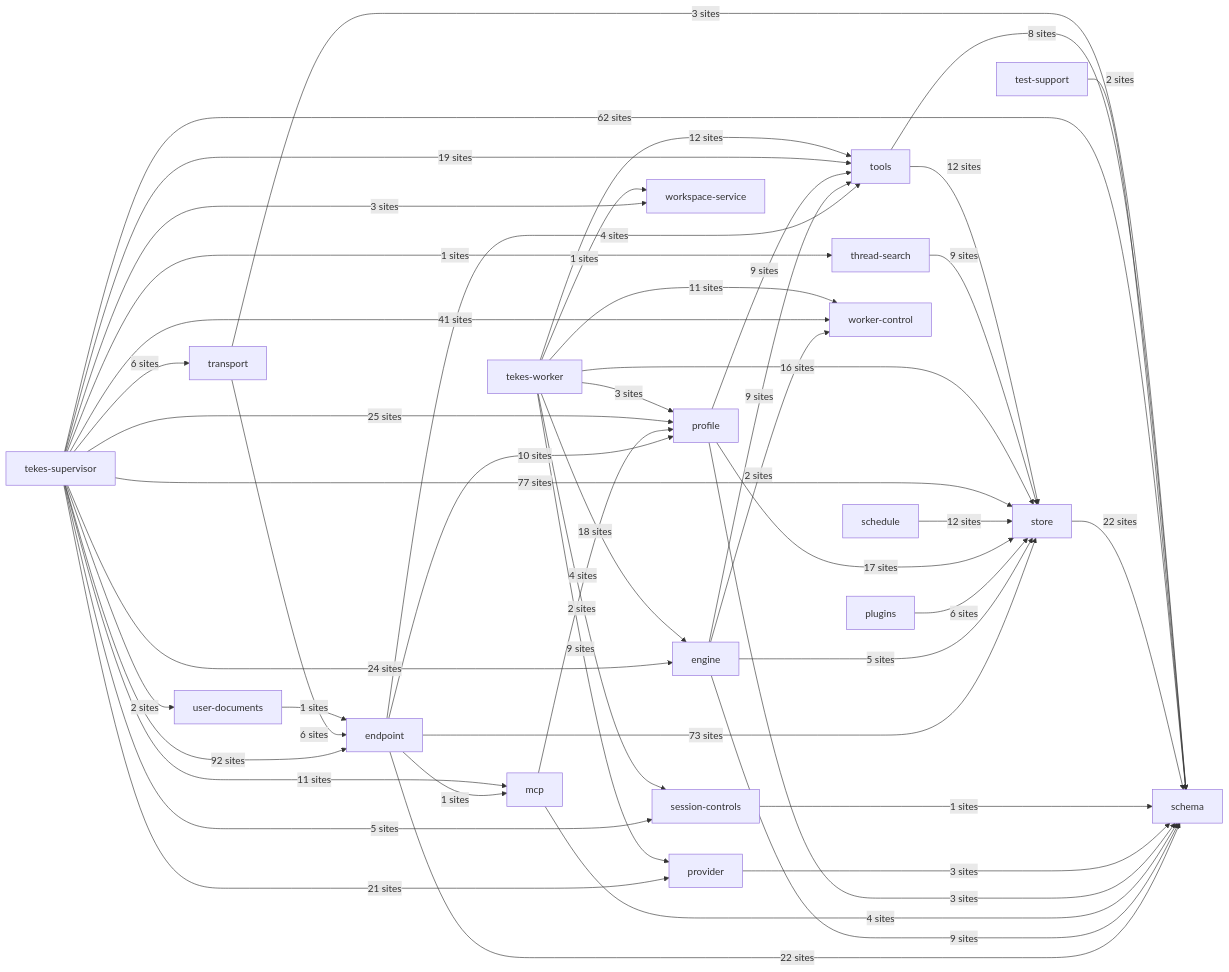
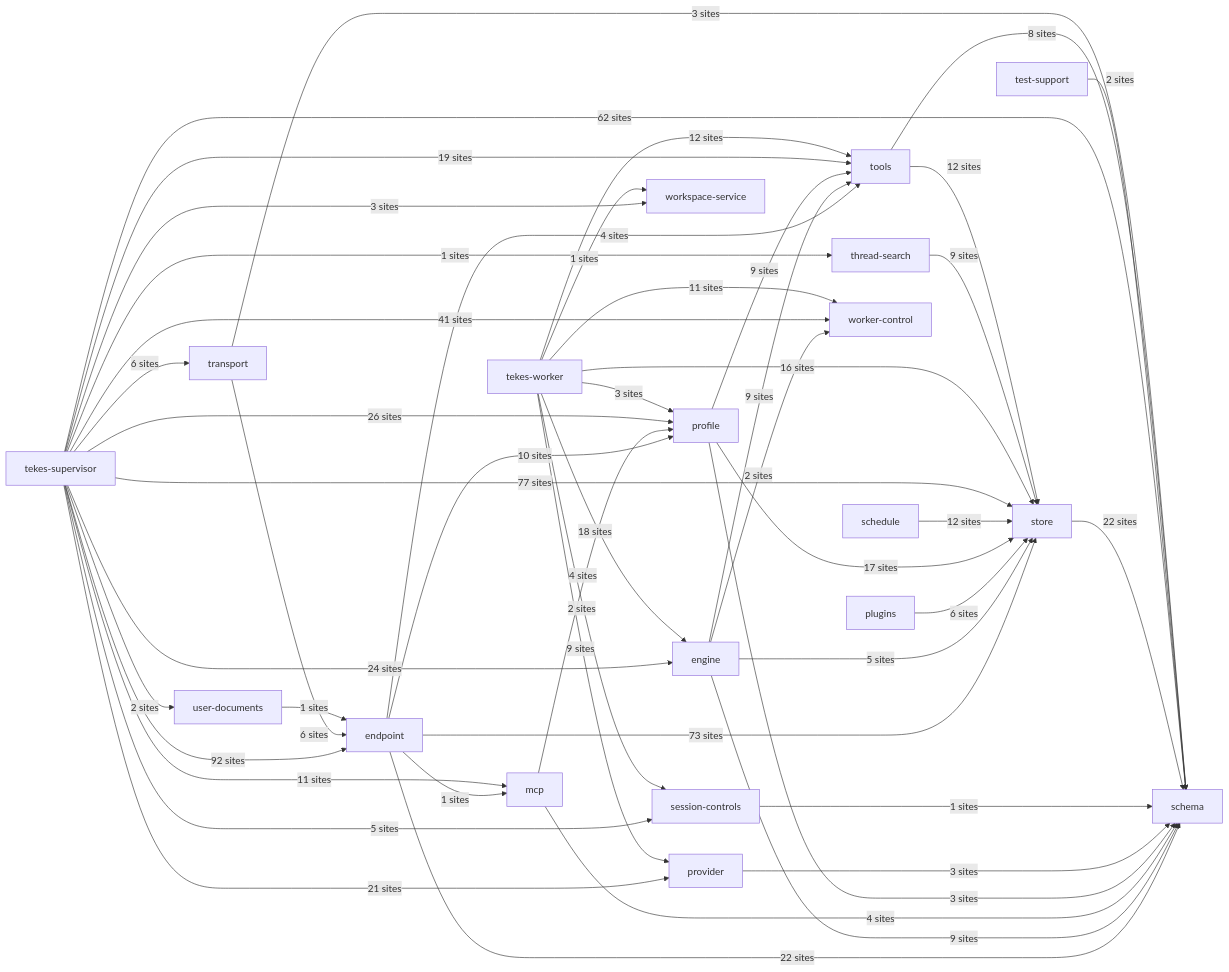
The second of 2 diagrams in docs/architecture/generated/index.md (TekesApps/TekesKernel), drawn with Mermaid before and after one commit. The commit also changed other lines of this file and 10 other files, not shown here.

````diff
--- a/docs/architecture/generated/index.md
+++ b/docs/architecture/generated/index.md
@@ -149,70 +149,70 @@
 ```mermaid
 flowchart LR
   p1["endpoint"]
   p2["engine"]
   p4["mcp"]
   p5["plugins"]
   p6["profile"]
   p7["provider"]
   p8["schedule"]
   p9["schema"]
   p10["session-controls"]
   p11["store"]
   p12["tekes-supervisor"]
   p13["tekes-worker"]
   p14["test-support"]
   p15["thread-search"]
   p16["tools"]
   p17["transport"]
   p18["user-documents"]
   p19["worker-control"]
   p20["workspace-service"]
   p1 -->|"1 sites"| p4
   p1 -->|"10 sites"| p6
   p1 -->|"22 sites"| p9
   p1 -->|"73 sites"| p11
   p1 -->|"4 sites"| p16
   p2 -->|"9 sites"| p9
   p2 -->|"5 sites"| p11
   p2 -->|"9 sites"| p16
   p2 -->|"2 sites"| p19
   p4 -->|"4 sites"| p6
   p4 -->|"4 sites"| p9
   p5 -->|"6 sites"| p11
   p6 -->|"3 sites"| p9
   p6 -->|"17 sites"| p11
   p6 -->|"9 sites"| p16
   p7 -->|"3 sites"| p9
   p8 -->|"12 sites"| p11
   p10 -->|"1 sites"| p9
   p11 -->|"22 sites"| p9
   p12 -->|"92 sites"| p1
   p12 -->|"24 sites"| p2
   p12 -->|"11 sites"| p4
-  p12 -->|"25 sites"| p6
+  p12 -->|"26 sites"| p6
   p12 -->|"21 sites"| p7
   p12 -->|"62 sites"| p9
   p12 -->|"5 sites"| p10
   p12 -->|"77 sites"| p11
   p12 -->|"1 sites"| p15
   p12 -->|"19 sites"| p16
   p12 -->|"6 sites"| p17
   p12 -->|"2 sites"| p18
   p12 -->|"41 sites"| p19
   p12 -->|"3 sites"| p20
   p13 -->|"18 sites"| p2
   p13 -->|"3 sites"| p6
   p13 -->|"9 sites"| p7
   p13 -->|"2 sites"| p10
   p13 -->|"16 sites"| p11
   p13 -->|"12 sites"| p16
   p13 -->|"11 sites"| p19
   p13 -->|"1 sites"| p20
   p14 -->|"2 sites"| p9
   p15 -->|"9 sites"| p11
   p16 -->|"8 sites"| p9
   p16 -->|"12 sites"| p11
   p17 -->|"6 sites"| p1
   p17 -->|"3 sites"| p9
   p18 -->|"1 sites"| p1
 ```
````
